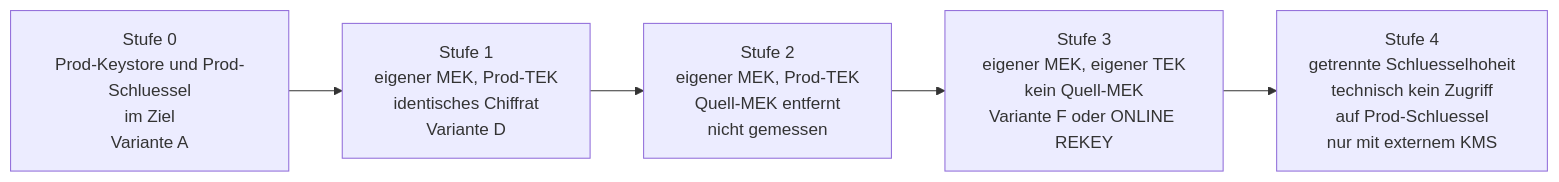
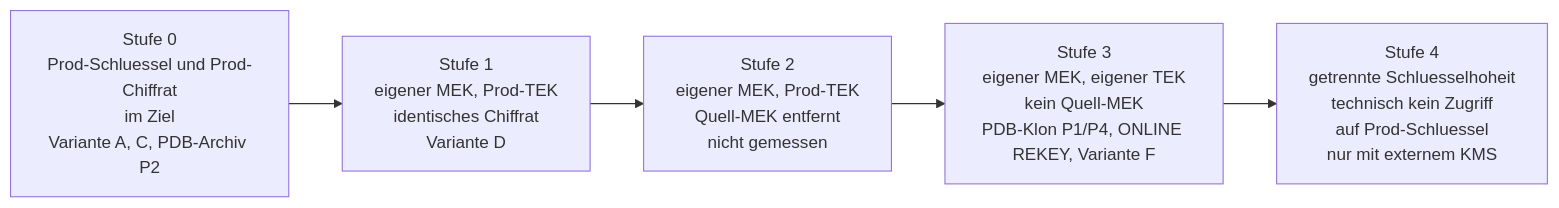
One commit to oehrlis/oracle-free-labs changed the diagram in doc/tde-clone-independence.md. Above: the diagram before and after it, drawn with Mermaid. The commit also changed other lines of this file and 2 other files, not shown here.

````diff
--- a/doc/tde-clone-independence.md
+++ b/doc/tde-clone-independence.md
@@ -25,12 +34,12 @@
 ```mermaid
 flowchart LR
-    S0["Stufe 0\nProd-Keystore und Prod-Schluessel\nim Ziel\nVariante A"]
+    S0["Stufe 0\nProd-Schluessel und Prod-Chiffrat\nim Ziel\nVariante A, C, PDB-Archiv P2"]
     S1["Stufe 1\neigener MEK, Prod-TEK\nidentisches Chiffrat\nVariante D"]
     S2["Stufe 2\neigener MEK, Prod-TEK\nQuell-MEK entfernt\nnicht gemessen"]
-    S3["Stufe 3\neigener MEK, eigener TEK\nkein Quell-MEK\nVariante F oder ONLINE REKEY"]
+    S3["Stufe 3\neigener MEK, eigener TEK\nkein Quell-MEK\nPDB-Klon P1/P4, ONLINE REKEY, Variante F"]
     S4["Stufe 4\ngetrennte Schluesselhoheit\ntechnisch kein Zugriff\nauf Prod-Schluessel\nnur mit externem KMS"]
     S0 --> S1
     S1 --> S2
     S2 --> S3
     S3 --> S4
 ```
````
